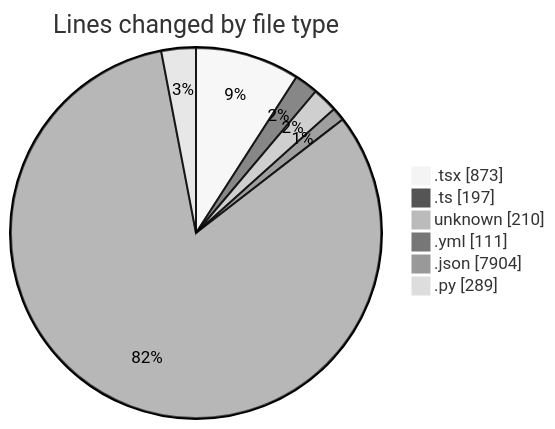
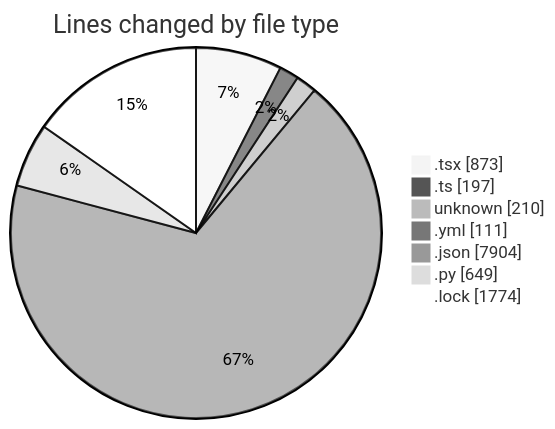
The first of 2 diagrams in 2025-05-20/niten/README.md (Elitesun/code-tracking), drawn with Mermaid (neutral theme) before and after one commit. The commit also changed other lines of this file and 1 other file, not shown here.

````diff
--- a/2025-05-20/niten/README.md
+++ b/2025-05-20/niten/README.md
@@ -37,10 +40,11 @@
 ```mermaid
 pie showData
 title Lines changed by file type
 ".tsx" : 873
 ".ts" : 197
 "unknown" : 210
 ".yml" : 111
 ".json" : 7904
-".py" : 289
+".py" : 649
+".lock" : 1774
 ```
````
